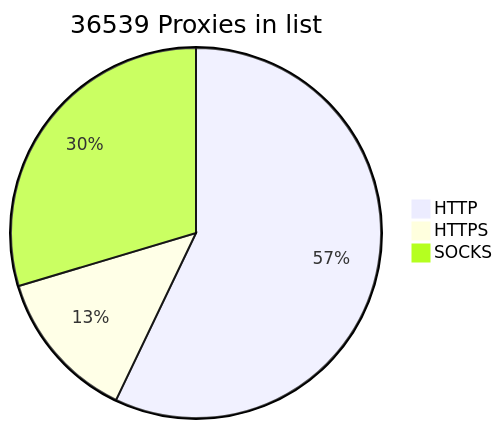
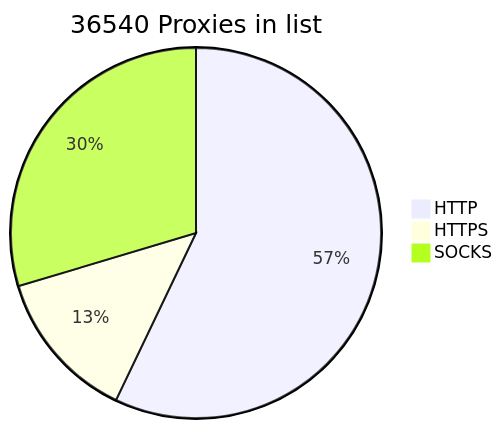
The diagram in README.md (BlackSnowDot/proxylist-update-every-minute), drawn with Mermaid before and after one commit.

````diff
--- a/README.md
+++ b/README.md
@@ -2,6 +2,6 @@
 ```mermaid
-pie title 36539 Proxies in list
+pie title 36540 Proxies in list
     "HTTP" : 23182
     "HTTPS": 5386
-    "SOCKS" : 12027
+    "SOCKS" : 12028
 ```
````
